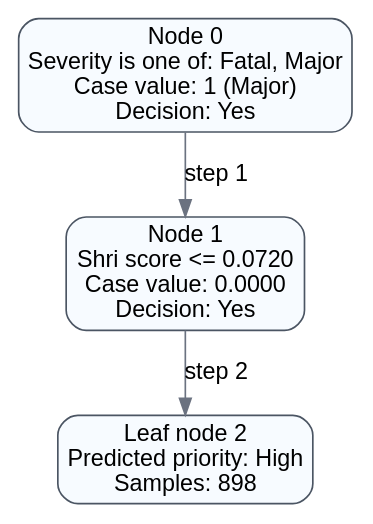
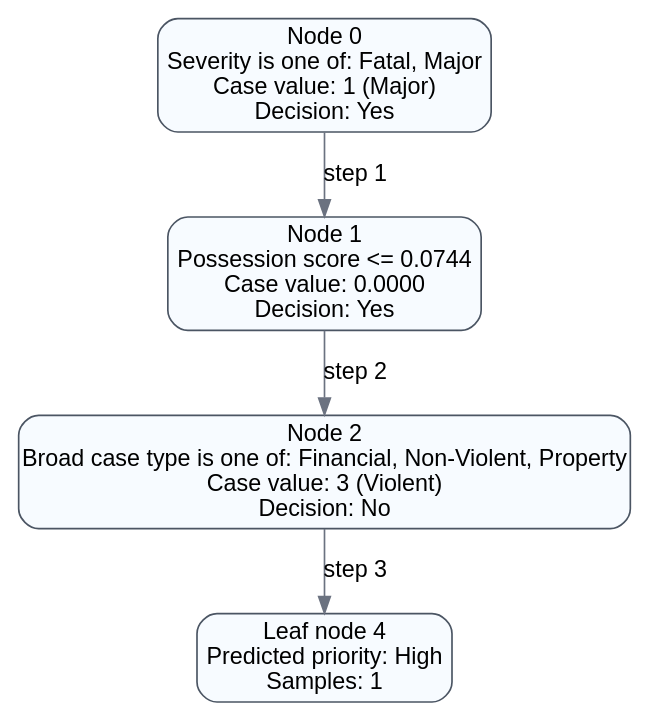
One commit to The-Yesh21/Anavaya-back-end changed the diagram in case_priority_system/decision_graphs/ANV-2026-0025_whole_case_decision_path.dot. Above: the diagram before and after it, drawn with Graphviz. The commit also changed 5 other files, not shown here.

```diff
--- a/case_priority_system/decision_graphs/ANV-2026-0025_whole_case_decision_path.dot
+++ b/case_priority_system/decision_graphs/ANV-2026-0025_whole_case_decision_path.dot
@@ -1,10 +1,12 @@
 digraph DecisionPath {
   rankdir=TB;
   node [shape=box, style="rounded,filled", fillcolor="#F7FBFF", color="#4B5563", fontname="Arial"];
   edge [color="#6B7280", fontname="Arial"];
   n0 [label="Node 0\nSeverity is one of: Fatal, Major\nCase value: 1 (Major)\nDecision: Yes"];
-  n1 [label="Node 1\nShri score <= 0.0720\nCase value: 0.0000\nDecision: Yes"];
+  n1 [label="Node 1\nPossession score <= 0.0744\nCase value: 0.0000\nDecision: Yes"];
   n0 -> n1 [label="step 1"];
-  n2 [label="Leaf node 2\nPredicted priority: High\nSamples: 898"];
+  n2 [label="Node 2\nBroad case type is one of: Financial, Non-Violent, Property\nCase value: 3 (Violent)\nDecision: No"];
   n1 -> n2 [label="step 2"];
+  n4 [label="Leaf node 4\nPredicted priority: High\nSamples: 1"];
+  n2 -> n4 [label="step 3"];
 }
```
